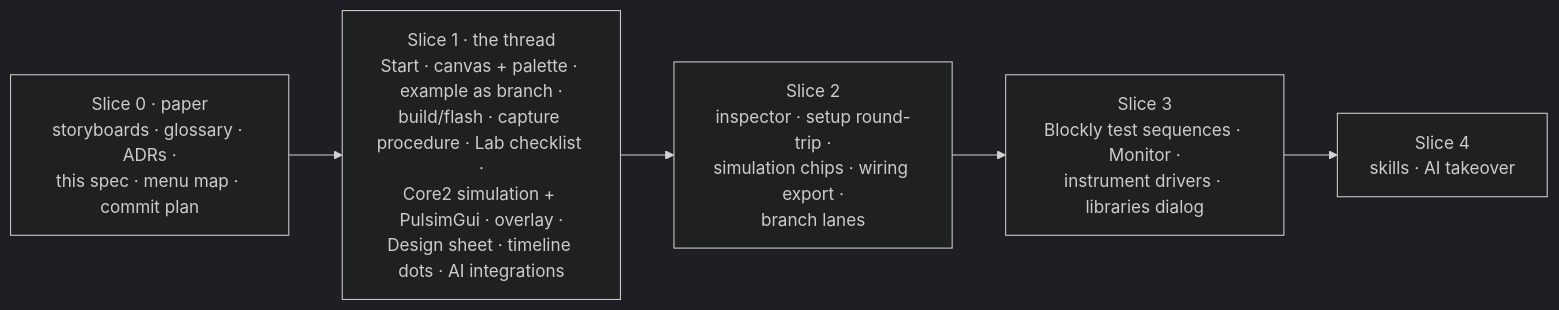
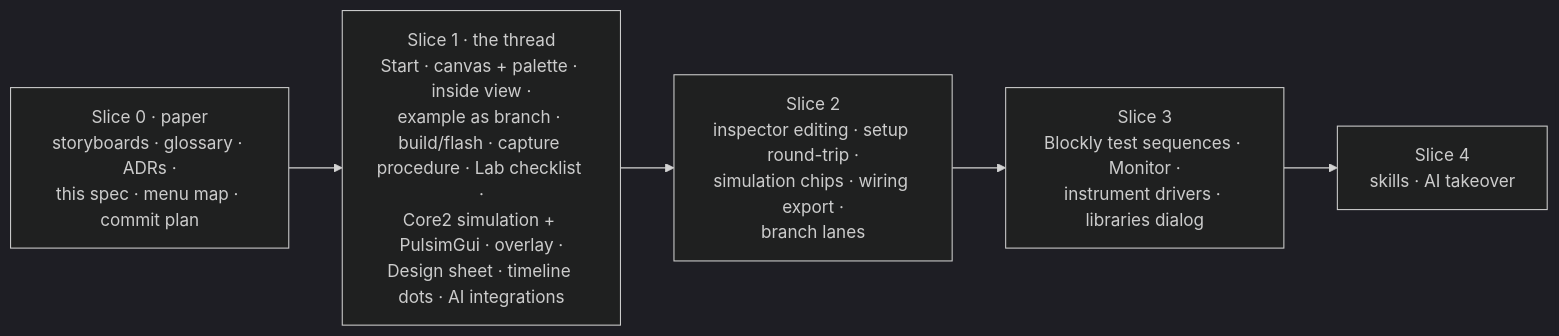
The second of 2 diagrams in SPEC.md (luizvilla/Theia), drawn with Mermaid (dark theme) before and after one commit. The commit also changed other lines of this file and 5 other files, not shown here.

````diff
--- a/SPEC.md
+++ b/SPEC.md
@@ -288,9 +287,9 @@
 ```mermaid
 flowchart LR
   S0["Slice 0 · paper<br/>storyboards · glossary · ADRs ·<br/>this spec · menu map · commit plan"]
-  S1["Slice 1 · the thread<br/>Start · canvas + palette · example as branch ·<br/>build/flash · capture procedure · Lab checklist ·<br/>Core2 simulation + PulsimGui · overlay ·<br/>Design sheet · timeline dots · AI integrations"]
-  S2["Slice 2<br/>inspector · setup round-trip ·<br/>simulation chips · wiring export ·<br/>branch lanes"]
+  S1["Slice 1 · the thread<br/>Start · canvas + palette · inside view ·<br/>example as branch · build/flash · capture procedure · Lab checklist ·<br/>Core2 simulation + PulsimGui · overlay ·<br/>Design sheet · timeline dots · AI integrations"]
+  S2["Slice 2<br/>inspector editing · setup round-trip ·<br/>simulation chips · wiring export ·<br/>branch lanes"]
   S3["Slice 3<br/>Blockly test sequences · Monitor ·<br/>instrument drivers · libraries dialog"]
   S4["Slice 4<br/>skills · AI takeover"]
   S0 --> S1 --> S2 --> S3 --> S4
 ```
````
